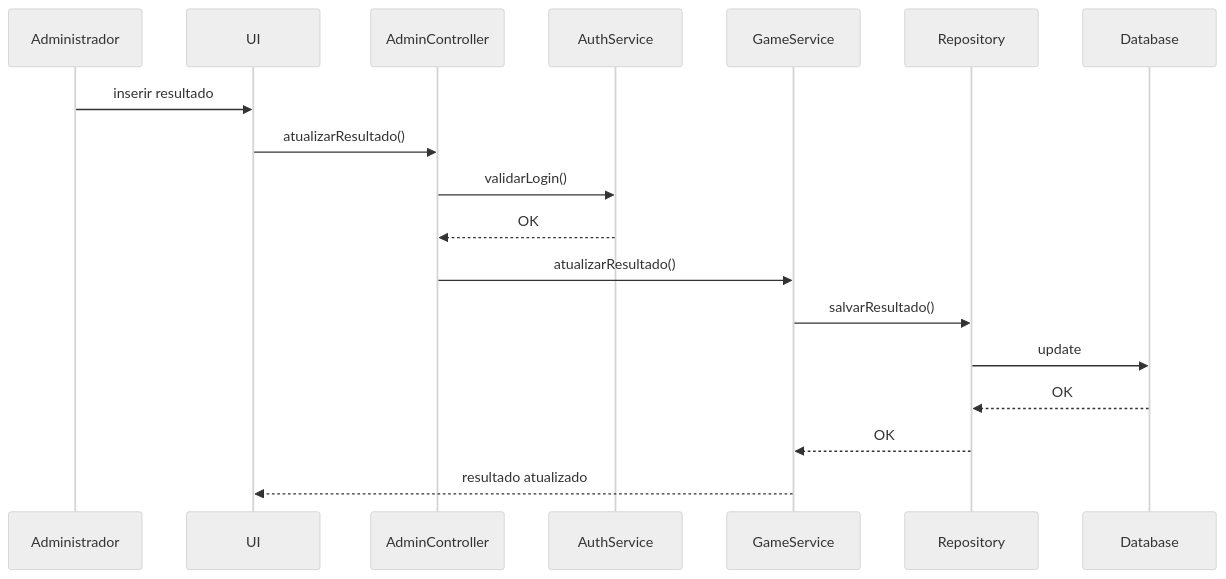
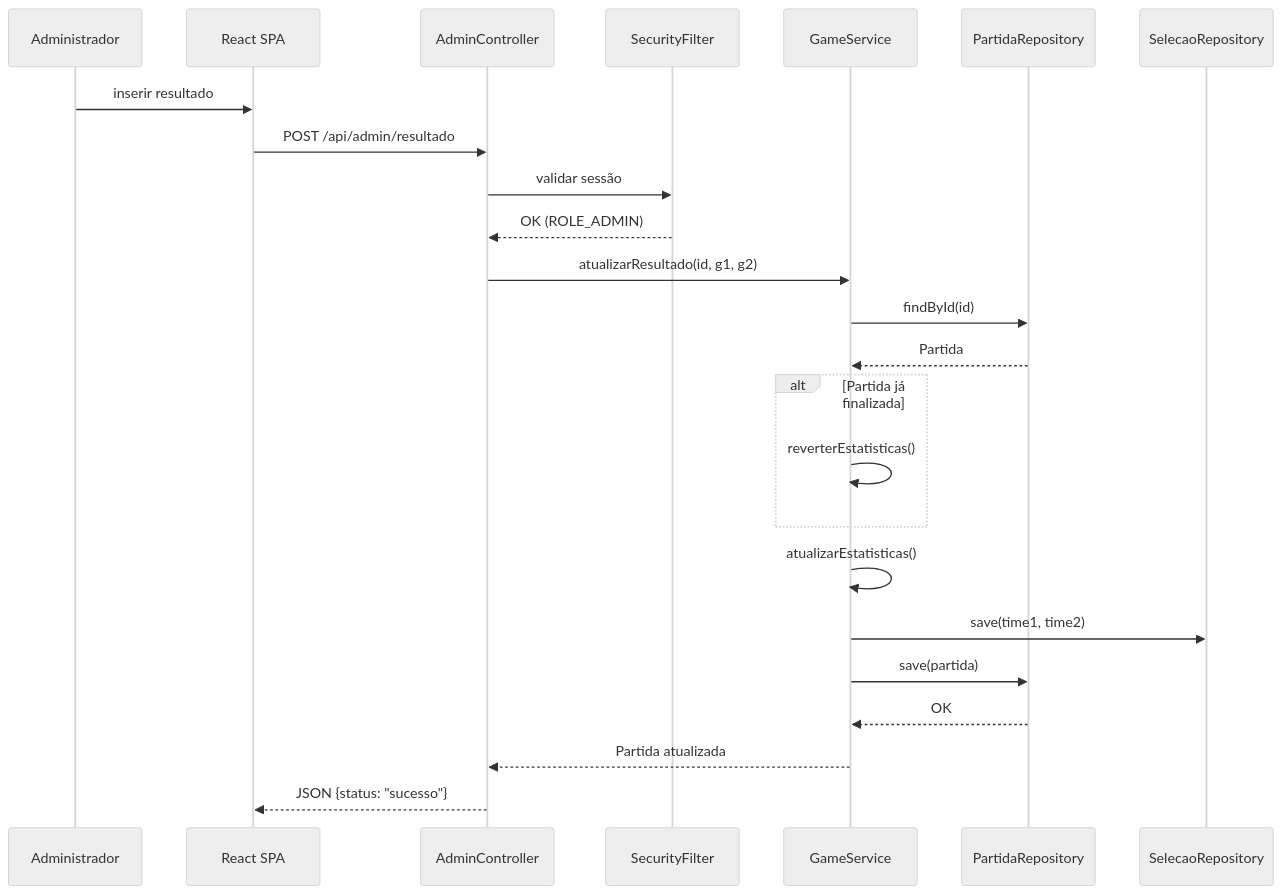
The fourth of 5 diagrams in README.md (Drefus/TP-Eng-Soft), drawn with Mermaid (neutral theme) before and after one commit. The commit also changed other lines of this file and 1 other file, not shown here.

````diff
--- a/README.md
+++ b/README.md
@@ -349,16 +428,24 @@
-``` mermaid
+```mermaid
 sequenceDiagram
 
-Administrador->>UI: inserir resultado
-UI->>AdminController: atualizarResultado()
-AdminController->>AuthService: validarLogin()
-AuthService-->>AdminController: OK
+Administrador->>React SPA: inserir resultado
+React SPA->>AdminController: POST /api/admin/resultado
+AdminController->>SecurityFilter: validar sessão
+SecurityFilter-->>AdminController: OK (ROLE_ADMIN)
 
-AdminController->>GameService: atualizarResultado()
-GameService->>Repository: salvarResultado()
-Repository->>Database: update
+AdminController->>GameService: atualizarResultado(id, g1, g2)
+GameService->>PartidaRepository: findById(id)
+PartidaRepository-->>GameService: Partida
 
-Database-->>Repository: OK
-Repository-->>GameService: OK
-GameService-->>UI: resultado atualizado
+alt Partida já finalizada
+    GameService->>GameService: reverterEstatisticas()
+end
+
+GameService->>GameService: atualizarEstatisticas()
+GameService->>SelecaoRepository: save(time1, time2)
+GameService->>PartidaRepository: save(partida)
+PartidaRepository-->>GameService: OK
+
+GameService-->>AdminController: Partida atualizada
+AdminController-->>React SPA: JSON {status: "sucesso"}
 ```
````
